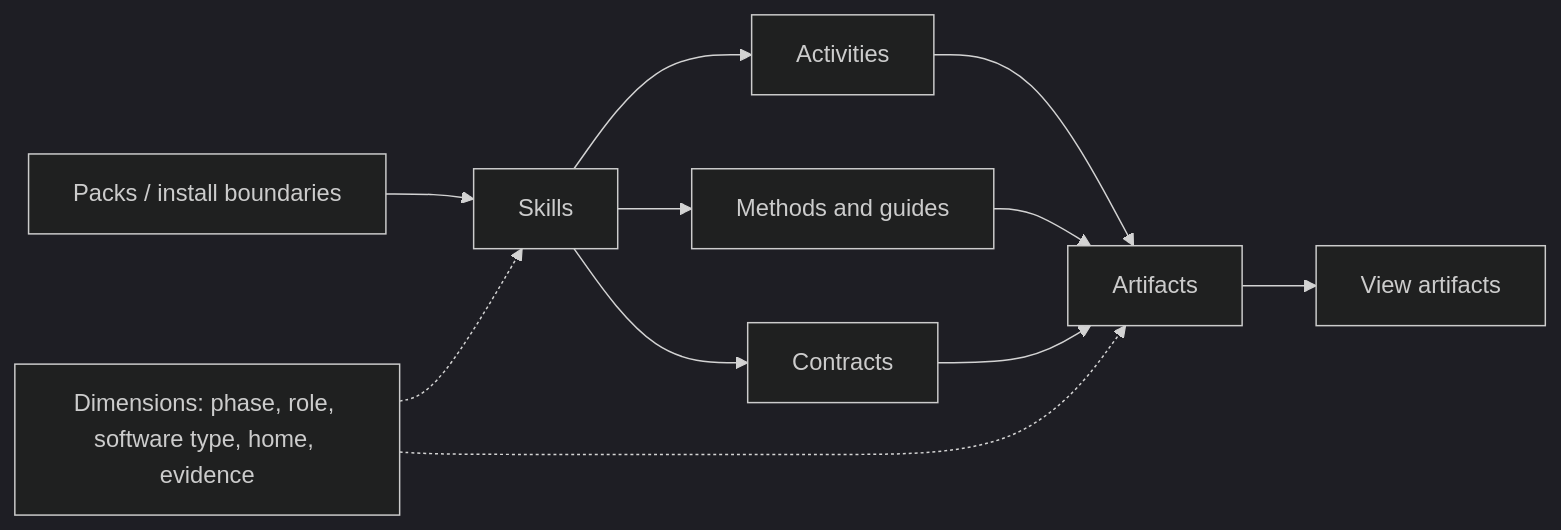
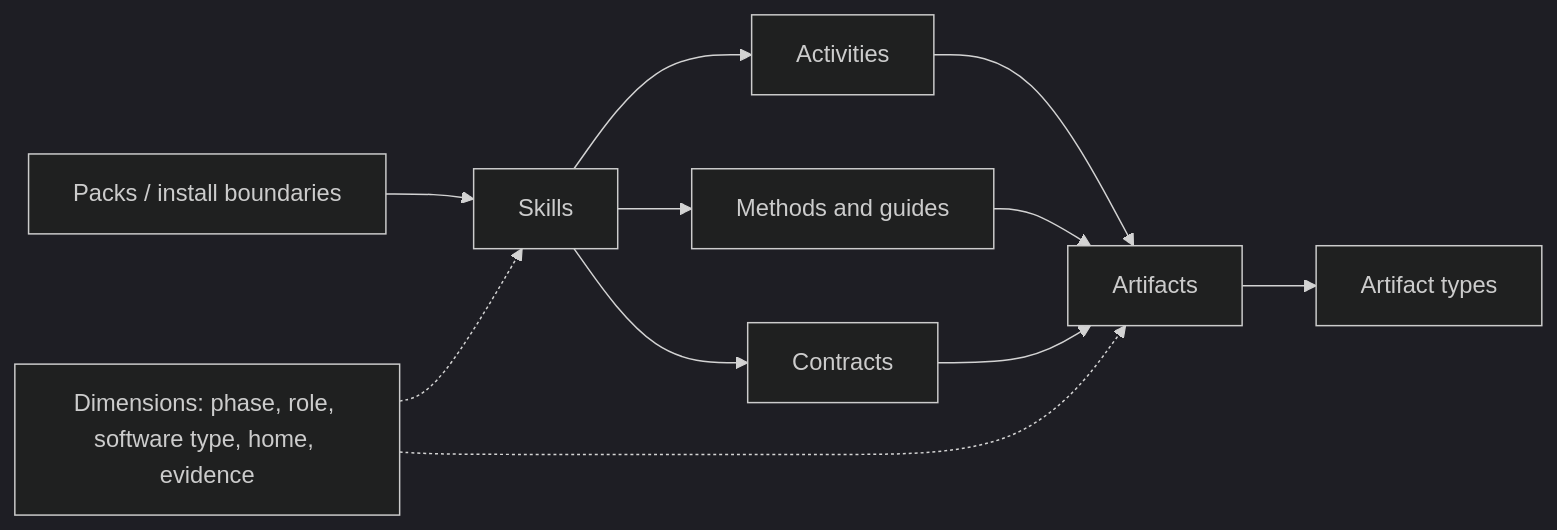
The diagram in documentation/skills-map.md (joao-aires/agent-skills-public), drawn with Mermaid (dark theme) before and after one commit. The commit also changed other lines of this file and 71 other files, not shown here.

````diff
--- a/documentation/skills-map.md
+++ b/documentation/skills-map.md
@@ -7,13 +7,13 @@
 ```mermaid
 flowchart LR
   P[Packs / install boundaries] --> S[Skills]
   S --> W[Activities]
   S --> G[Methods and guides]
   S --> C[Contracts]
   W --> A[Artifacts]
   G --> A
   C --> A
-  A --> V[View artifacts]
+  A --> V[Artifact types]
   D[Dimensions: phase, role, software type, home, evidence] -.-> S
   D -.-> A
 ```
````
